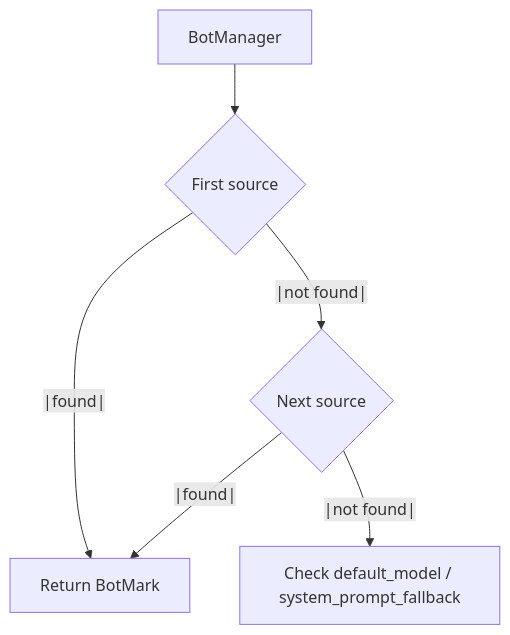
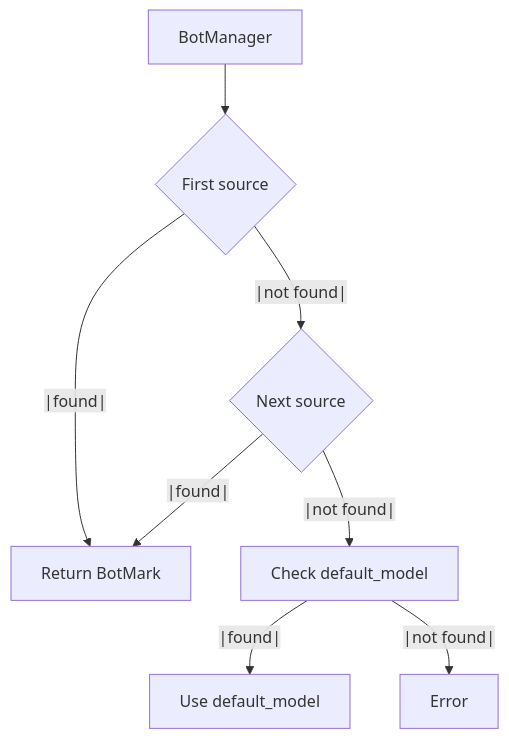
Before and after one commit to radioxInnovation/bot-mark: the diagram in README.md, drawn with Mermaid. The commit also changed other lines of this file, not shown here.

````diff
--- a/README.md
+++ b/README.md
@@ -629,8 +614,10 @@
 ```mermaid
 flowchart TD
     A[BotManager] --> B{First source}
     B --|found|--> C[Return BotMark]
     B --|not found|--> D{Next source}
     D --|found|--> C
-    D --|not found|--> F[Check default_model / system_prompt_fallback]
+    D --|not found|--> F[Check default_model]
+    F --|found|--> G[Use default_model]
+    F --|not found|--> H[Error]
 ```
````
